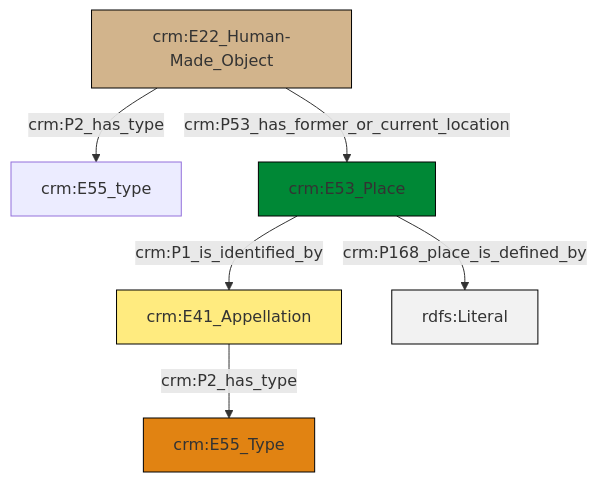
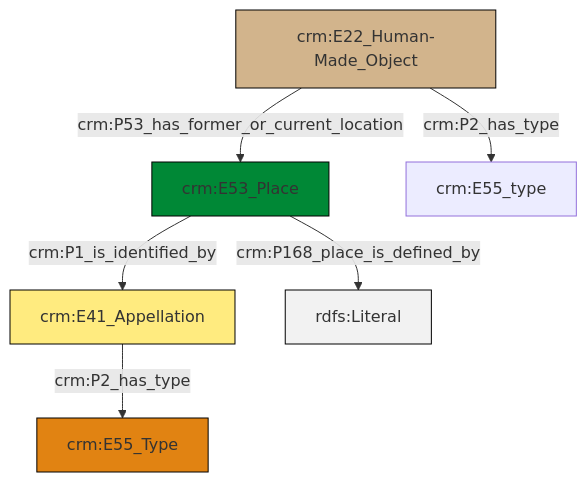
Before and after one commit to swiss-art-research-net/docs.swissartresearch: the diagram in et/builtWorkCSV/ttl/mmd/Built_Work_location.ttl.mmd, drawn with Mermaid. The commit also changed 216 other files, not shown here.

```diff
--- a/et/builtWorkCSV/ttl/mmd/Built_Work_location.ttl.mmd
+++ b/et/builtWorkCSV/ttl/mmd/Built_Work_location.ttl.mmd
@@ -1,20 +1,20 @@
 graph TD
 classDef Literal fill:#f2f2f2,stroke:#000000;
 classDef CRM_Entity fill:#FFFFFF,stroke:#000000;
 classDef Temporal_Entity fill:#00C9E6, stroke:#000000;
 classDef Type fill:#E18312, stroke:#000000;
 classDef Time-Span fill:#2C9C91, stroke:#000000;
 classDef Appellation fill:#FFEB7F, stroke:#000000;
 classDef Place fill:#008836, stroke:#000000;
 classDef Persistent_Item fill:#B266B2, stroke:#000000;
 classDef Conceptual_Object fill:#FFD700, stroke:#000000;
 classDef Physical_Thing fill:#D2B48C, stroke:#000000;
 classDef Actor fill:#f58aad, stroke:#000000;
 classDef PC_Classes fill:#4ce600, stroke:#000000;
 classDef Multi fill:#cccccc,stroke:#000000;
 
-6["crm:E53_Place"]:::Place -->|crm:P1_is_identified_by| 0["crm:E41_Appellation"]:::Appellation
-6["crm:E53_Place"]:::Place -->|crm:P168_place_is_defined_by| 9[rdfs:Literal]:::Literal
-0["crm:E41_Appellation"]:::Appellation -->|crm:P2_has_type| 4["crm:E55_Type"]:::Type
-7["crm:E22_Human-Made_Object"]:::Physical_Thing -->|crm:P2_has_type| 2["crm:E55_type"]:::Default
-7["crm:E22_Human-Made_Object"]:::Physical_Thing -->|crm:P53_has_former_or_current_location| 6["crm:E53_Place"]:::Place
+2["crm:E41_Appellation"]:::Appellation -->|crm:P2_has_type| 3["crm:E55_Type"]:::Type
+5["crm:E22_Human-Made_Object"]:::Physical_Thing -->|crm:P53_has_former_or_current_location| 0["crm:E53_Place"]:::Place
+0["crm:E53_Place"]:::Place -->|crm:P1_is_identified_by| 2["crm:E41_Appellation"]:::Appellation
+5["crm:E22_Human-Made_Object"]:::Physical_Thing -->|crm:P2_has_type| 8["crm:E55_type"]:::Default
+0["crm:E53_Place"]:::Place -->|crm:P168_place_is_defined_by| 10[rdfs:Literal]:::Literal
```
